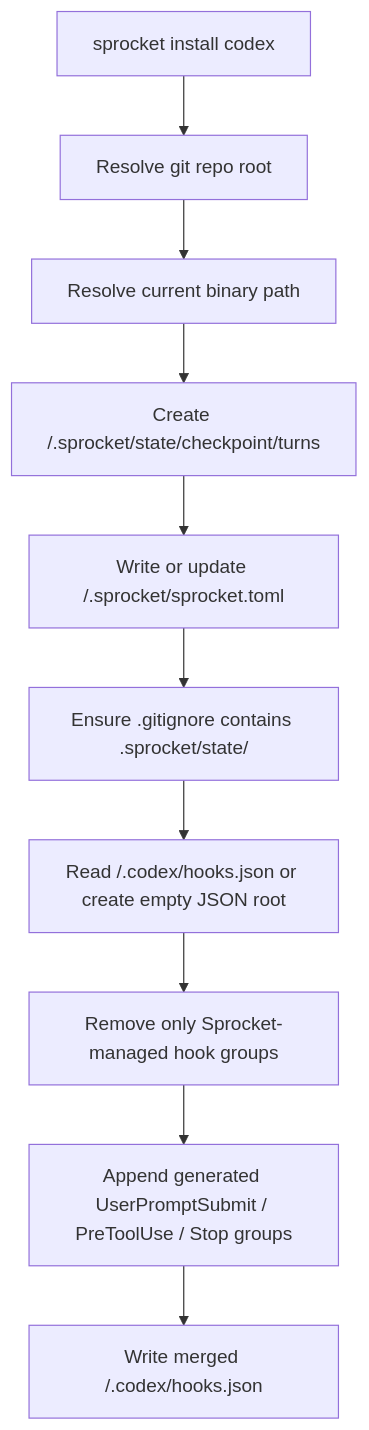
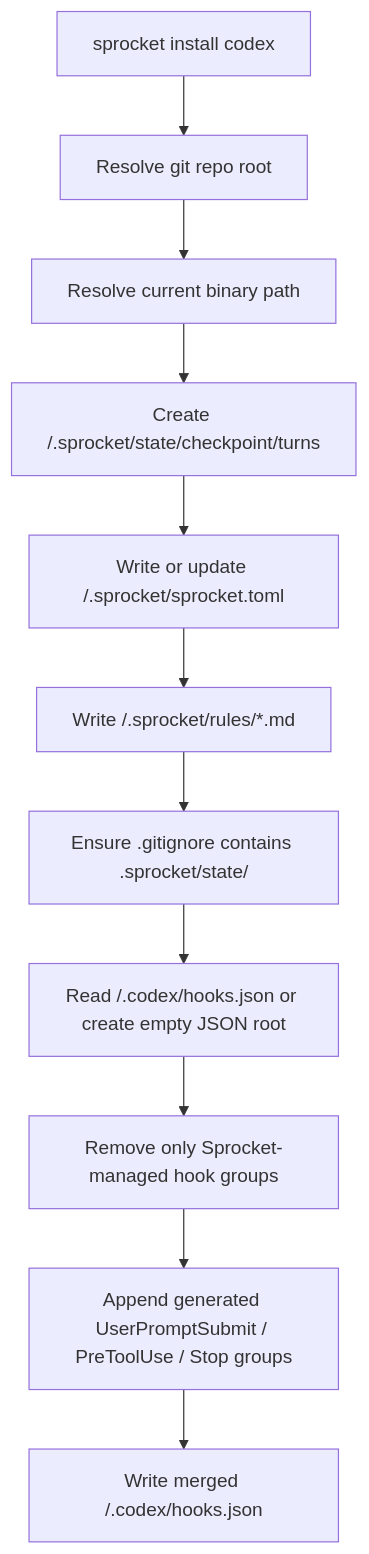
Before and after one commit to dshap474/Sprocket: the first of 2 diagrams in docs/systems/commit-system.md, drawn with Mermaid. The commit also changed other lines of this file and 6 other files, not shown here.

````diff
--- a/docs/systems/commit-system.md
+++ b/docs/systems/commit-system.md
@@ -116,12 +128,13 @@
 ```mermaid
 flowchart TD
     A["sprocket install codex"] --> B["Resolve git repo root"]
     B --> C["Resolve current binary path"]
     C --> D["Create /.sprocket/state/checkpoint/turns"]
     D --> E["Write or update /.sprocket/sprocket.toml"]
-    E --> F["Ensure .gitignore contains .sprocket/state/"]
-    F --> G["Read /.codex/hooks.json or create empty JSON root"]
-    G --> H["Remove only Sprocket-managed hook groups"]
-    H --> I["Append generated UserPromptSubmit / PreToolUse / Stop groups"]
-    I --> J["Write merged /.codex/hooks.json"]
+    E --> F["Write /.sprocket/rules/*.md"]
+    F --> G["Ensure .gitignore contains .sprocket/state/"]
+    G --> H["Read /.codex/hooks.json or create empty JSON root"]
+    H --> I["Remove only Sprocket-managed hook groups"]
+    I --> J["Append generated UserPromptSubmit / PreToolUse / Stop groups"]
+    J --> K["Write merged /.codex/hooks.json"]
 ```
````
